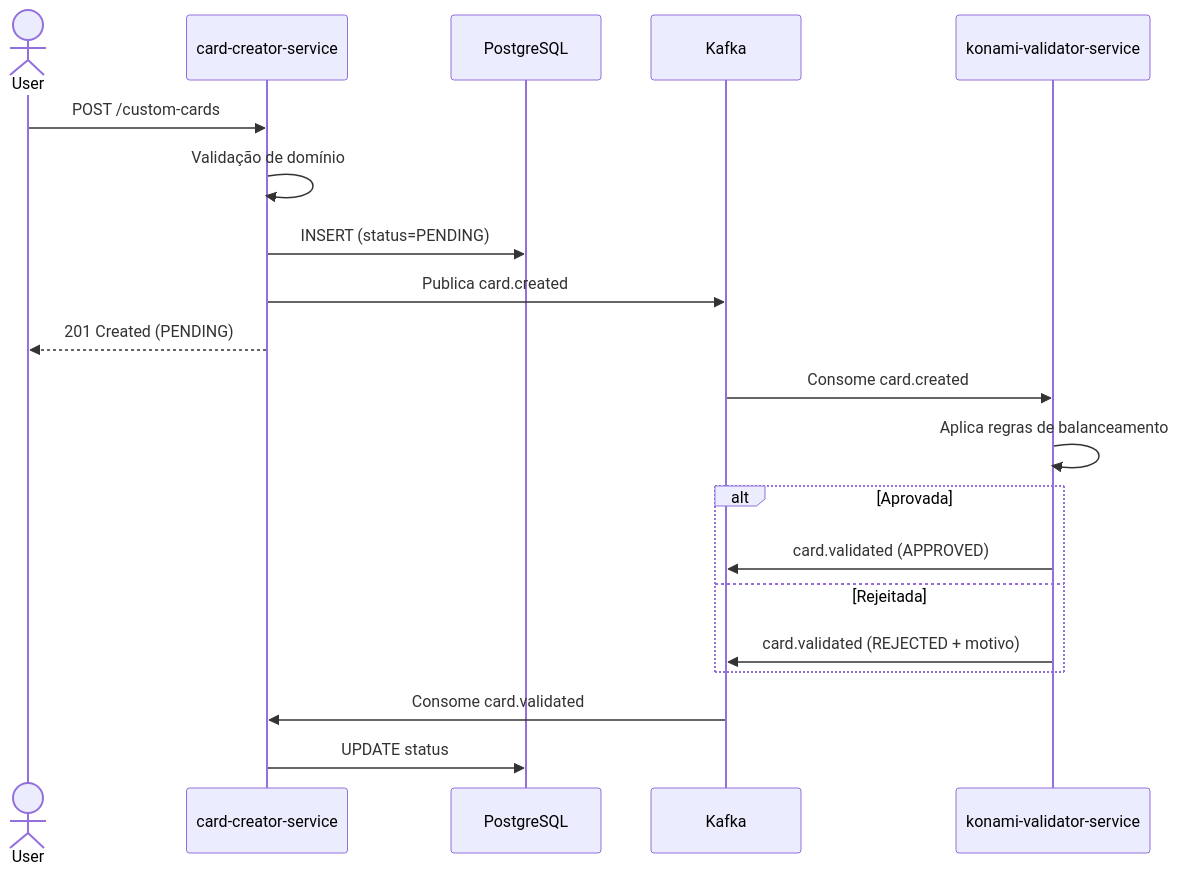
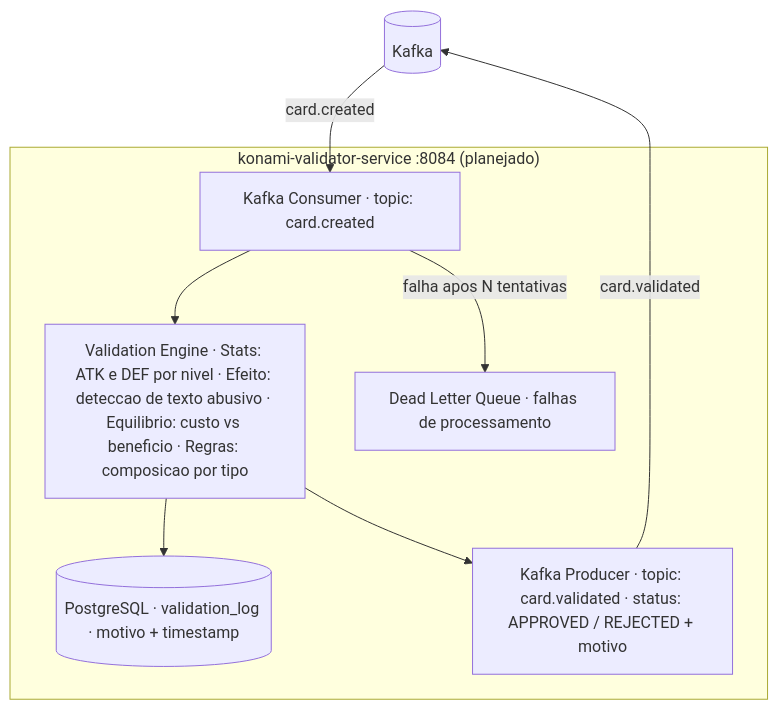
The seventh of 8 diagrams in README.md (odevpedro/yu-gi-oh-deck-management), drawn with Mermaid before and after one commit. The commit also changed other lines of this file, not shown here.

````diff
--- a/README.md
+++ b/README.md
@@ -75,26 +303,19 @@
 ```mermaid
-sequenceDiagram
-    actor User
-    participant CC as card-creator-service
-    participant DB as PostgreSQL
-    participant K as Kafka
-    participant KV as konami-validator-service
+graph TB
+    Kafka[("Kafka")]
 
-    User->>CC: POST /custom-cards
-    CC->>CC: Validação de domínio
-    CC->>DB: INSERT (status=PENDING)
-    CC->>K: Publica card.created
-    CC-->>User: 201 Created (PENDING)
-
-    K->>KV: Consome card.created
-    KV->>KV: Aplica regras de balanceamento
-
-    alt Aprovada
-        KV->>K: card.validated (APPROVED)
-    else Rejeitada
-        KV->>K: card.validated (REJECTED + motivo)
+    subgraph konami-validator-service["konami-validator-service :8084 (planejado)"]
+        Consumer["Kafka Consumer · topic: card.created"]
+        Engine["Validation Engine · Stats: ATK e DEF por nivel · Efeito: deteccao de texto abusivo · Equilibrio: custo vs beneficio · Regras: composicao por tipo"]
+        DB[("PostgreSQL · validation_log · motivo + timestamp")]
+        Publisher["Kafka Producer · topic: card.validated · status: APPROVED / REJECTED + motivo"]
+        DLQ["Dead Letter Queue · falhas de processamento"]
+        Consumer --> Engine
+        Engine --> DB
+        Engine --> Publisher
+        Consumer -->|"falha apos N tentativas"| DLQ
     end
 
-    K->>CC: Consome card.validated
-    CC->>DB: UPDATE status
+    Kafka -->|"card.created"| Consumer
+    Publisher -->|"card.validated"| Kafka
 ```
````
